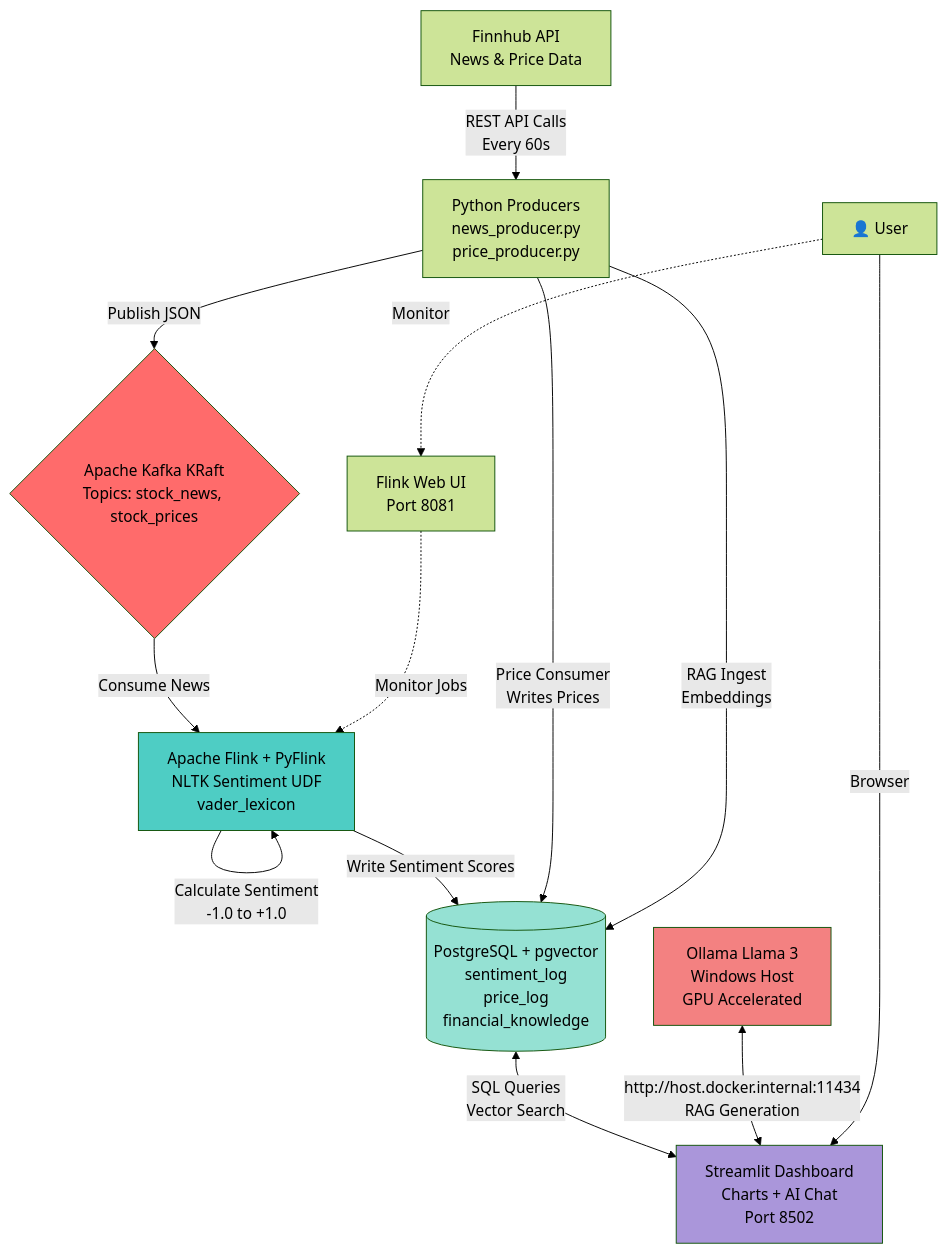
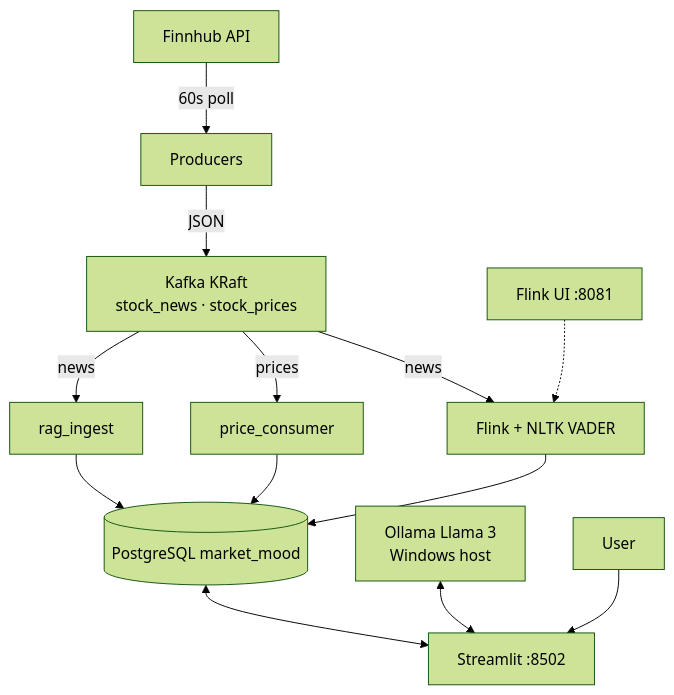
Before and after one commit to vgandhi1/MARKET_MOOD_RING: the second of 2 diagrams in README.md, drawn with Mermaid (forest theme). The commit also changed other lines of this file and 1 other file, not shown here.

Commit message:
Fix GitHub Pages to deploy presentation as index via Actions.

````diff
--- a/README.md
+++ b/README.md
@@ -79,40 +148,15 @@
 ```mermaid
 graph TD
-    %% External API
-    API[Finnhub API<br/>News & Price Data] 
-
-    %% Ingestion Layer
-    API -->|REST API Calls<br/>Every 60s| PROD[Python Producers<br/>news_producer.py<br/>price_producer.py]
-    
-    %% Message Broker
-    PROD -->|Publish JSON| KAFKA{Apache Kafka KRaft<br/>Topics: stock_news, stock_prices}
-    
-    %% Stream Processing
-    KAFKA -->|Consume News| FLINK[Apache Flink + PyFlink<br/>NLTK Sentiment UDF<br/>vader_lexicon]
-    FLINK -->|Calculate Sentiment<br/>-1.0 to +1.0| FLINK
-    
-    %% Storage Layer
-    FLINK -->|Write Sentiment Scores| DB[(PostgreSQL + pgvector<br/>sentiment_log<br/>price_log<br/>financial_knowledge)]
-    PROD -->|Price Consumer<br/>Writes Prices| DB
-    PROD -->|RAG Ingest<br/>Embeddings| DB
-    
-    %% AI Layer
-    OLLAMA[Ollama Llama 3<br/>Windows Host<br/>GPU Accelerated] 
-    
-    %% Presentation Layer
-    DB <-->|SQL Queries<br/>Vector Search| DASH[Streamlit Dashboard<br/>Charts + AI Chat<br/>Port 8502]
-    OLLAMA <-->|http://host.docker.internal:11434<br/>RAG Generation| DASH
-    
-    %% User
-    USER[👤 User] -->|Browser| DASH
-    
-    %% Monitoring
-    FLINK_UI[Flink Web UI<br/>Port 8081] -.->|Monitor Jobs| FLINK
-    USER -.->|Monitor| FLINK_UI
-
-    style KAFKA fill:#ff6b6b
-    style FLINK fill:#4ecdc4
-    style DB fill:#95e1d3
-    style OLLAMA fill:#f38181
-    style DASH fill:#aa96da
+    API[Finnhub API] -->|60s poll| PROD[Producers]
+    PROD -->|JSON| KAFKA[Kafka KRaft<br/>stock_news · stock_prices]
+    KAFKA -->|news| FLINK[Flink + NLTK VADER]
+    FLINK --> DB[(PostgreSQL market_mood)]
+    KAFKA -->|prices| PC[price_consumer]
+    PC --> DB
+    KAFKA -->|news| RAG[rag_ingest]
+    RAG --> DB
+    DB <--> DASH[Streamlit :8502]
+    OLLAMA[Ollama Llama 3<br/>Windows host] <--> DASH
+    USER[User] --> DASH
+    FLINK_UI[Flink UI :8081] -.-> FLINK
 ```
````
